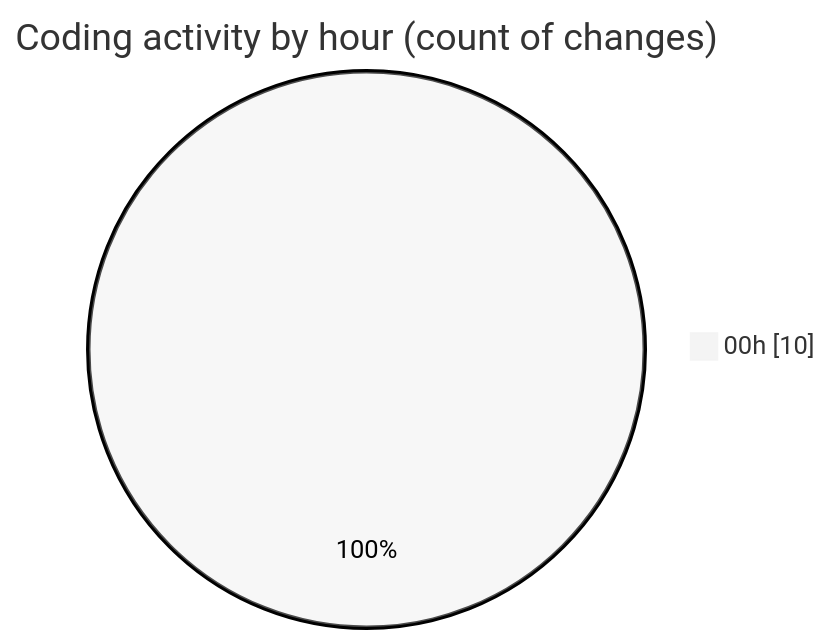
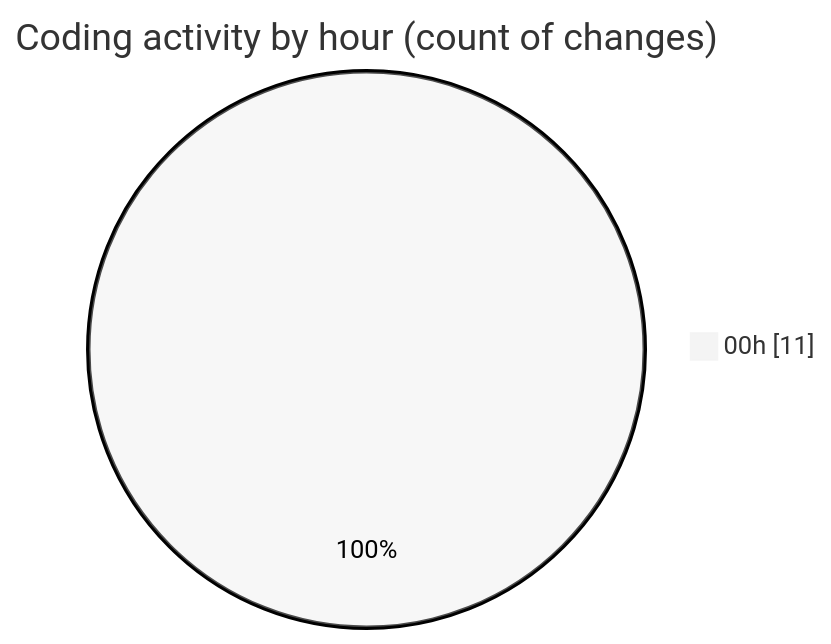
Before and after one commit to Netris89/code-tracking: the second of 2 diagrams in 2025-04-23/echo/README.md, drawn with Mermaid (neutral theme). The commit also changed other lines of this file and 1 other file, not shown here.

````diff
--- a/2025-04-23/echo/README.md
+++ b/2025-04-23/echo/README.md
@@ -30,5 +30,5 @@
 ```mermaid
 pie showData
 title Coding activity by hour (count of changes)
-"00h" : 10
+"00h" : 11
 ```
````
